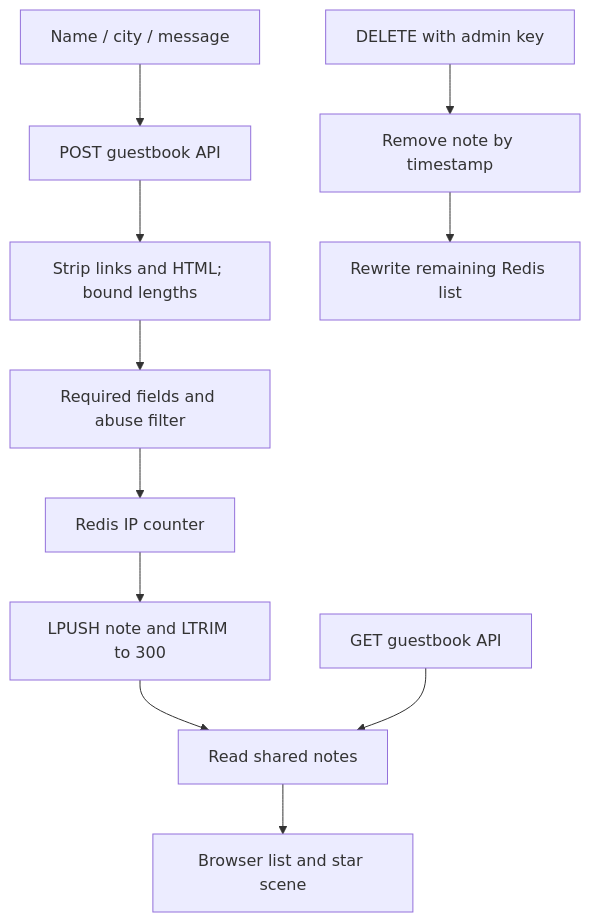
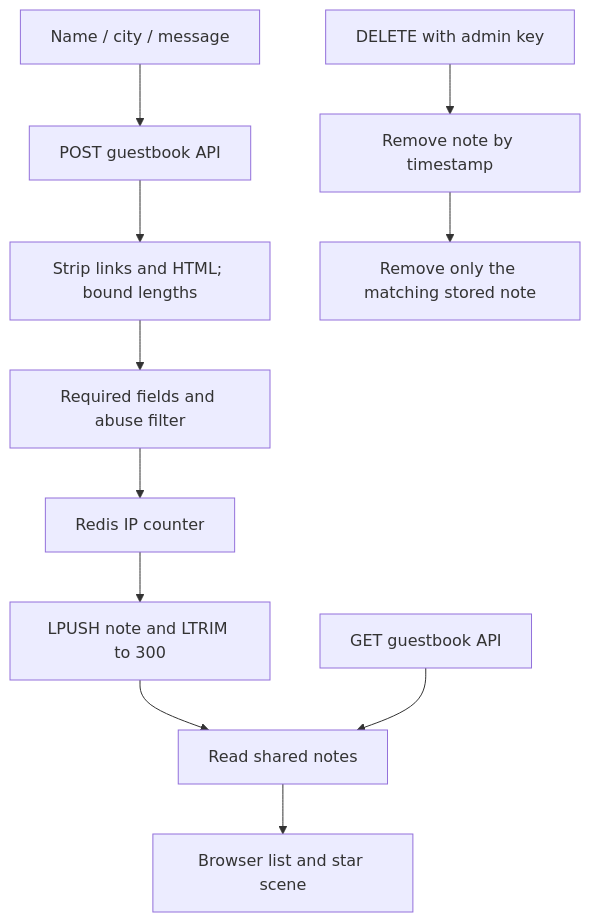
Before and after one commit to akabonge/alo_rag2: the fifth of 6 diagrams in docs/ARCHITECTURE.md, drawn with Mermaid. The commit also changed other lines of this file and 7 other files, not shown here.

````diff
--- a/docs/ARCHITECTURE.md
+++ b/docs/ARCHITECTURE.md
@@ -109,13 +130,13 @@
 ```mermaid
 flowchart TD
     Form[Name / city / message] --> API[POST guestbook API]
     API --> Clean[Strip links and HTML; bound lengths]
     Clean --> Check[Required fields and abuse filter]
     Check --> Limit[Redis IP counter]
     Limit --> Store[LPUSH note and LTRIM to 300]
     Store --> List[Read shared notes]
     List --> Stars[Browser list and star scene]
     Read[GET guestbook API] --> List
     Admin[DELETE with admin key] --> Remove[Remove note by timestamp]
-    Remove --> StoreList[Rewrite remaining Redis list]
+    Remove --> StoreList[Remove only the matching stored note]
 ```
````
